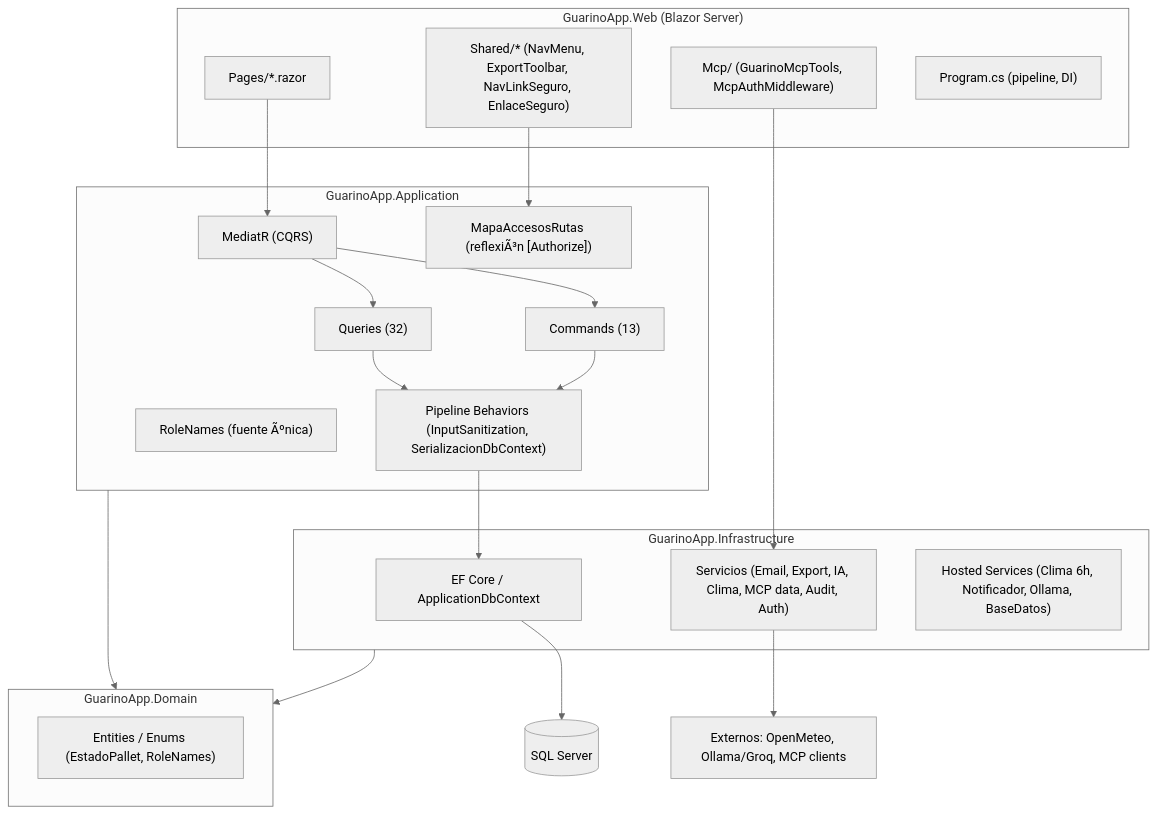
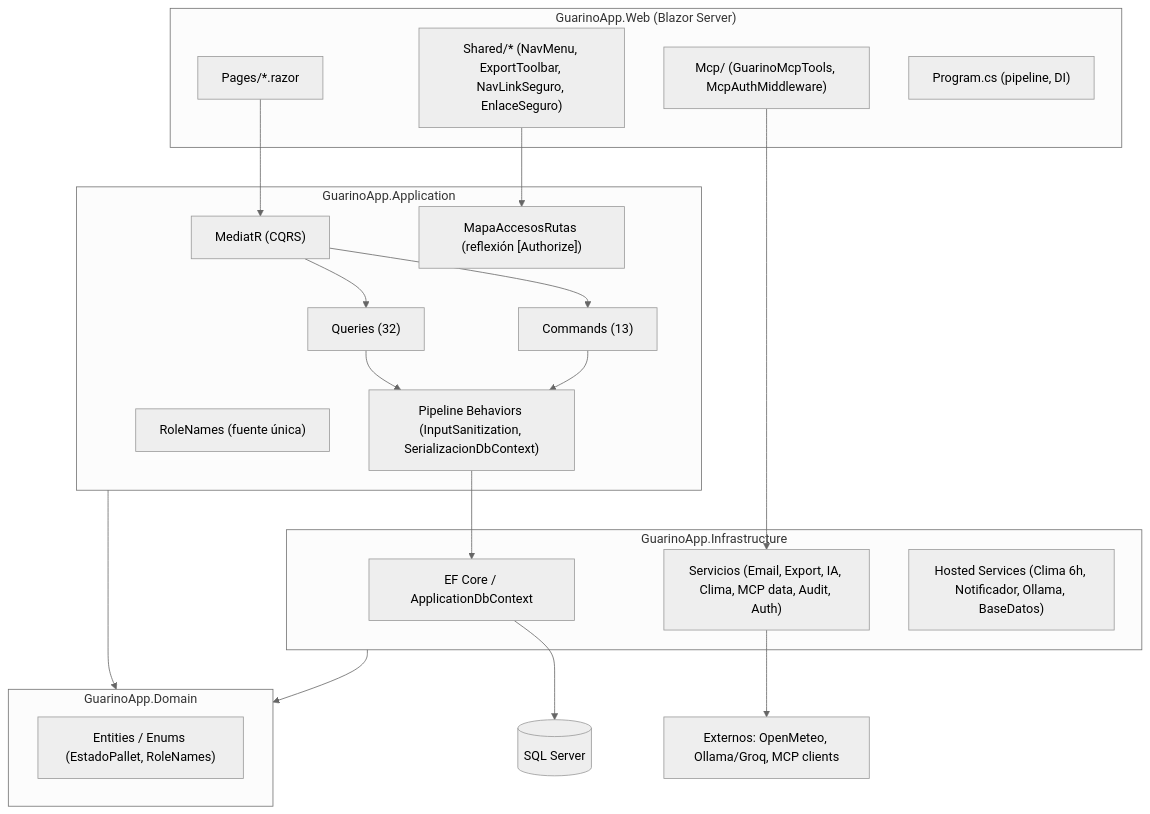
One commit to adrian-silva-uy/guarino changed the first of 11 diagrams in docs/diagramas.md. Above: the diagram before and after it, drawn with Mermaid (neutral theme). The commit also changed other lines of this file and 21 other files, not shown here.

````diff
--- a/docs/diagramas.md
+++ b/docs/diagramas.md
@@ -9,40 +9,40 @@
 ```mermaid
 graph TB
     subgraph Web["GuarinoApp.Web (Blazor Server)"]
         Pages["Pages/*.razor"]
         Shared["Shared/* (NavMenu, ExportToolbar, NavLinkSeguro, EnlaceSeguro)"]
         Mcp["Mcp/ (GuarinoMcpTools, McpAuthMiddleware)"]
         Program["Program.cs (pipeline, DI)"]
     end
     subgraph App["GuarinoApp.Application"]
         MediatR["MediatR (CQRS)"]
         Cmds["Commands (13)"]
         Qrys["Queries (32)"]
         Beh["Pipeline Behaviors (InputSanitization, SerializacionDbContext)"]
-        RoleNames["RoleNames (fuente Ãºnica)"]
-        Mapa["MapaAccesosRutas (reflexiÃ³n [Authorize])"]
+        RoleNames["RoleNames (fuente única)"]
+        Mapa["MapaAccesosRutas (reflexión [Authorize])"]
     end
     subgraph Infra["GuarinoApp.Infrastructure"]
         EF["EF Core / ApplicationDbContext"]
         Svc["Servicios (Email, Export, IA, Clima, MCP data, Audit, Auth)"]
         Hosted["Hosted Services (Clima 6h, Notificador, Ollama, BaseDatos)"]
     end
     subgraph Dom["GuarinoApp.Domain"]
         Ent["Entities / Enums (EstadoPallet, RoleNames)"]
     end
     DB[("SQL Server")]
     EXT["Externos: OpenMeteo, Ollama/Groq, MCP clients"]
 
     Pages --> MediatR
     Shared --> Mapa
     Mcp --> Svc
     MediatR --> Cmds
     MediatR --> Qrys
     Cmds --> Beh
     Qrys --> Beh
     Beh --> EF
     EF --> DB
     Svc --> EXT
     App --> Dom
     Infra --> Dom
 ```
````
